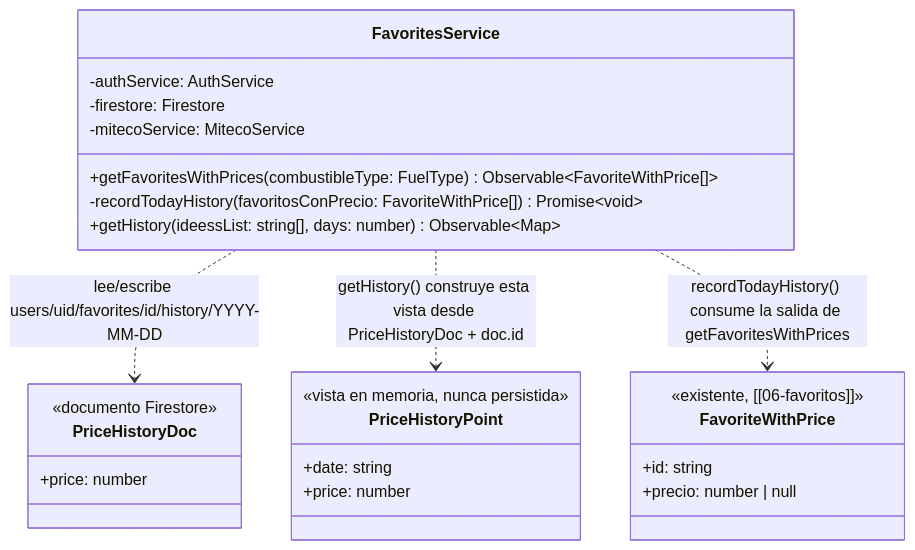
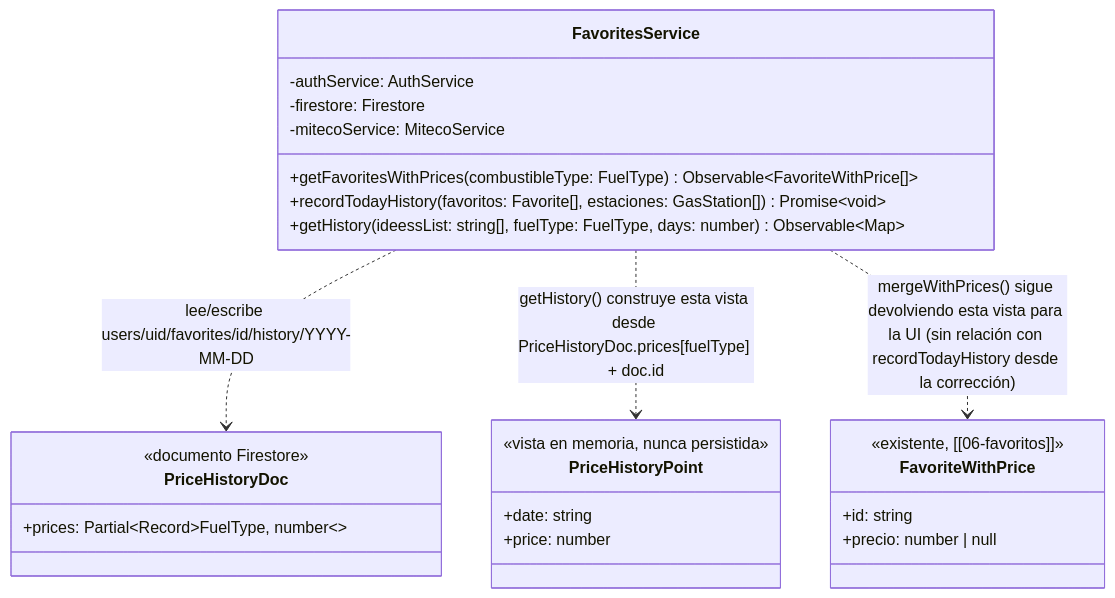
One commit to CarlosGarciaArenal/cheeky-oil changed the second of 5 diagrams in docs/features/07-monitorizacion-historica.md. Above: the diagram before and after it, drawn with Mermaid. The commit also changed other lines of this file and 5 other files, not shown here.

````diff
--- a/docs/features/07-monitorizacion-historica.md
+++ b/docs/features/07-monitorizacion-historica.md
@@ -43,32 +43,32 @@
 ```mermaid
 classDiagram
     class FavoritesService {
         -authService: AuthService
         -firestore: Firestore
         -mitecoService: MitecoService
         +getFavoritesWithPrices(combustibleType: FuelType) Observable~FavoriteWithPrice[]~
-        -recordTodayHistory(favoritosConPrecio: FavoriteWithPrice[]) Promise~void~
-        +getHistory(ideessList: string[], days: number) Observable~Map~
+        +recordTodayHistory(favoritos: Favorite[], estaciones: GasStation[]) Promise~void~
+        +getHistory(ideessList: string[], fuelType: FuelType, days: number) Observable~Map~
     }
 
     class PriceHistoryDoc {
         <<documento Firestore>>
-        +price: number
+        +prices: Partial~Record~FuelType, number~~
     }
 
     class PriceHistoryPoint {
         <<vista en memoria, nunca persistida>>
         +date: string
         +price: number
     }
 
     class FavoriteWithPrice {
         <<existente, [[06-favoritos]]>>
         +id: string
         +precio: number | null
     }
 
     FavoritesService ..> PriceHistoryDoc : lee/escribe users/uid/favorites/id/history/YYYY-MM-DD
-    FavoritesService ..> PriceHistoryPoint : getHistory() construye esta vista desde PriceHistoryDoc + doc.id
-    FavoritesService ..> FavoriteWithPrice : recordTodayHistory() consume la salida de getFavoritesWithPrices
+    FavoritesService ..> PriceHistoryPoint : getHistory() construye esta vista desde PriceHistoryDoc.prices[fuelType] + doc.id
+    FavoritesService ..> FavoriteWithPrice : mergeWithPrices() sigue devolviendo esta vista para la UI (sin relación con recordTodayHistory desde la corrección)
 ```
````
